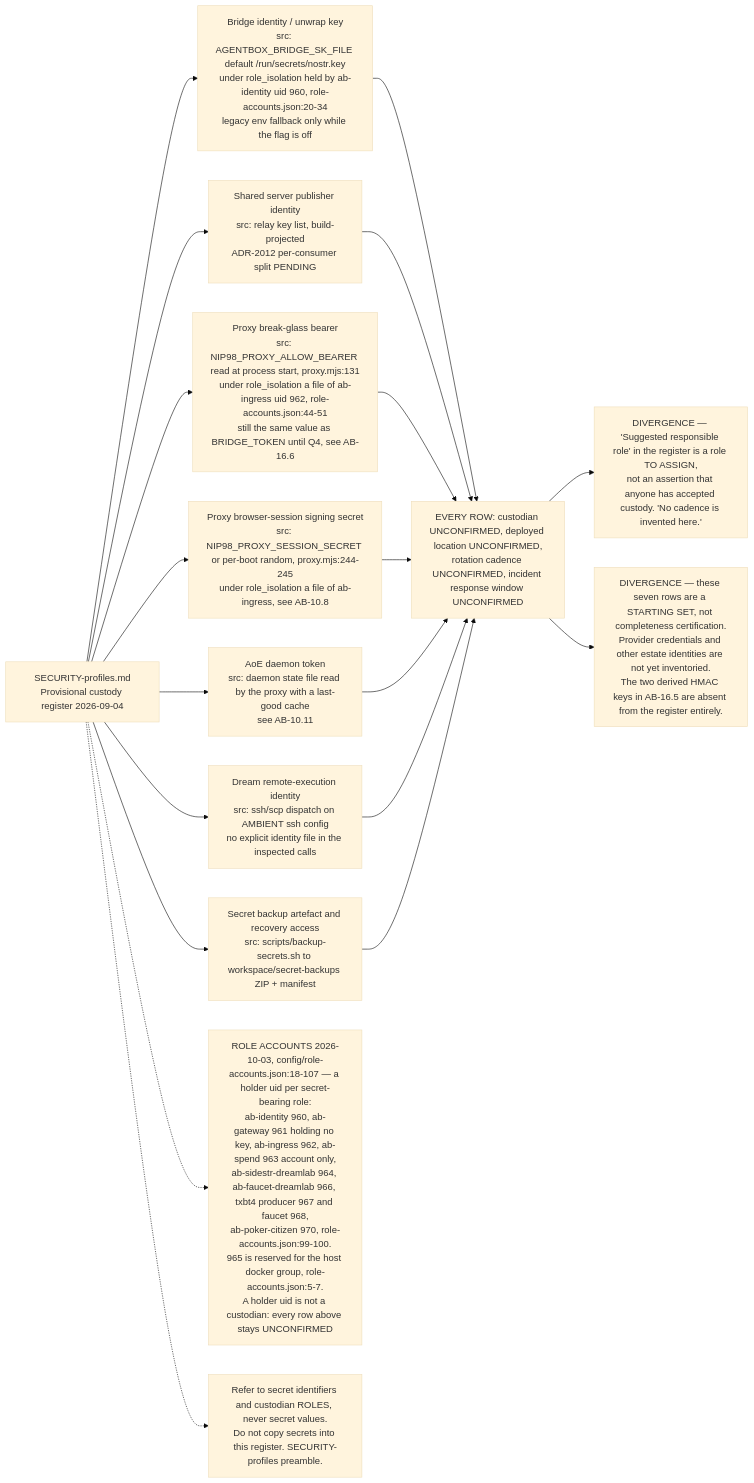
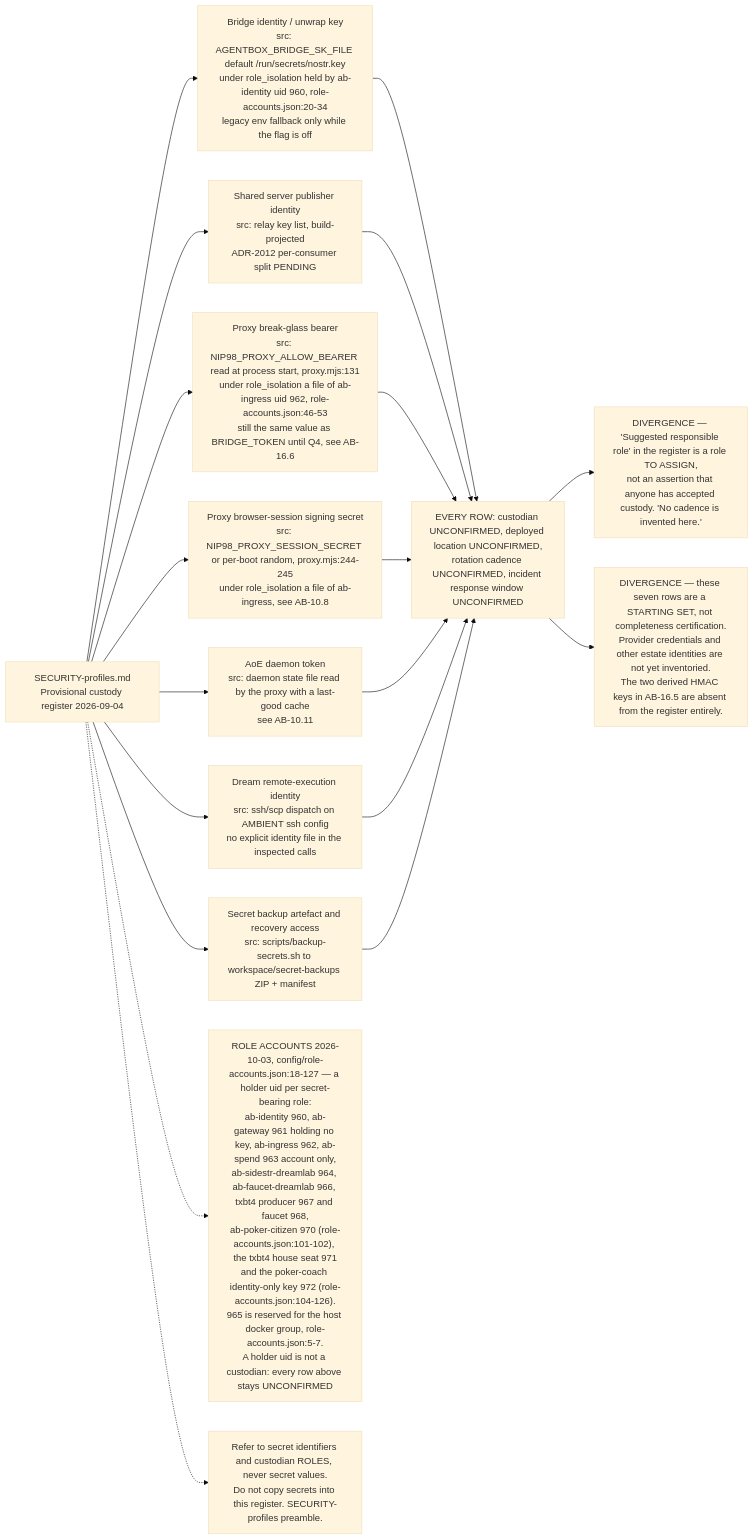
Before and after one commit to DreamLab-AI/VisionFlow: the ninth of 14 diagrams in docs/diagrams/agentbox/16-secrets-custody-seccomp-profiles.md, drawn with Mermaid (base theme). The commit also changed other lines of this file and 111 other files, not shown here.

Commit message:
docs(diagrams): align estate maps with current source

````diff
--- a/docs/diagrams/agentbox/16-secrets-custody-seccomp-profiles.md
+++ b/docs/diagrams/agentbox/16-secrets-custody-seccomp-profiles.md
@@ -353,22 +353,22 @@
 ```mermaid
 flowchart LR
     R["SECURITY-profiles.md<br/>Provisional custody register 2026-09-04"]
     R --> C1["Bridge identity / unwrap key<br/>src: AGENTBOX_BRIDGE_SK_FILE default /run/secrets/nostr.key<br/>under role_isolation held by ab-identity uid 960, role-accounts.json:20-34<br/>legacy env fallback only while the flag is off"]
     R --> C2["Shared server publisher identity<br/>src: relay key list, build-projected<br/>ADR-2012 per-consumer split PENDING"]
-    R --> C3["Proxy break-glass bearer<br/>src: NIP98_PROXY_ALLOW_BEARER read at process start, proxy.mjs:131<br/>under role_isolation a file of ab-ingress uid 962, role-accounts.json:44-51<br/>still the same value as BRIDGE_TOKEN until Q4, see AB-16.6"]
+    R --> C3["Proxy break-glass bearer<br/>src: NIP98_PROXY_ALLOW_BEARER read at process start, proxy.mjs:131<br/>under role_isolation a file of ab-ingress uid 962, role-accounts.json:46-53<br/>still the same value as BRIDGE_TOKEN until Q4, see AB-16.6"]
     R --> C4["Proxy browser-session signing secret<br/>src: NIP98_PROXY_SESSION_SECRET or per-boot random, proxy.mjs:244-245<br/>under role_isolation a file of ab-ingress, see AB-10.8"]
     R --> C5["AoE daemon token<br/>src: daemon state file read by the proxy with a last-good cache<br/>see AB-10.11"]
     R --> C6["Dream remote-execution identity<br/>src: ssh/scp dispatch on AMBIENT ssh config<br/>no explicit identity file in the inspected calls"]
     R --> C7["Secret backup artefact and recovery access<br/>src: scripts/backup-secrets.sh to workspace/secret-backups ZIP + manifest"]
     C1 --> U["EVERY ROW: custodian UNCONFIRMED, deployed location UNCONFIRMED,<br/>rotation cadence UNCONFIRMED, incident response window UNCONFIRMED"]
     C2 --> U
     C3 --> U
     C4 --> U
     C5 --> U
     C6 --> U
     C7 --> U
     U --> N1["DIVERGENCE — 'Suggested responsible role' in the register is a role TO ASSIGN,<br/>not an assertion that anyone has accepted custody. 'No cadence is invented here.'"]
     U --> N2["DIVERGENCE — these seven rows are a STARTING SET, not completeness certification.<br/>Provider credentials and other estate identities are not yet inventoried.<br/>The two derived HMAC keys in AB-16.5 are absent from the register entirely."]
-    R -.-> N4["ROLE ACCOUNTS 2026-10-03, config/role-accounts.json:18-107 — a holder uid per secret-bearing role:<br/>ab-identity 960, ab-gateway 961 holding no key, ab-ingress 962, ab-spend 963 account only,<br/>ab-sidestr-dreamlab 964, ab-faucet-dreamlab 966, txbt4 producer 967 and faucet 968,<br/>ab-poker-citizen 970, role-accounts.json:99-100.<br/>965 is reserved for the host docker group, role-accounts.json:5-7.<br/>A holder uid is not a custodian: every row above stays UNCONFIRMED"]
+    R -.-> N4["ROLE ACCOUNTS 2026-10-03, config/role-accounts.json:18-127 — a holder uid per secret-bearing role:<br/>ab-identity 960, ab-gateway 961 holding no key, ab-ingress 962, ab-spend 963 account only,<br/>ab-sidestr-dreamlab 964, ab-faucet-dreamlab 966, txbt4 producer 967 and faucet 968,<br/>ab-poker-citizen 970 (role-accounts.json:101-102), the txbt4 house seat 971<br/>and the poker-coach identity-only key 972 (role-accounts.json:104-126).<br/>965 is reserved for the host docker group, role-accounts.json:5-7.<br/>A holder uid is not a custodian: every row above stays UNCONFIRMED"]
     R -.-> N3["Refer to secret identifiers and custodian ROLES, never secret values.<br/>Do not copy secrets into this register. SECURITY-profiles preamble."]
 ```
````
